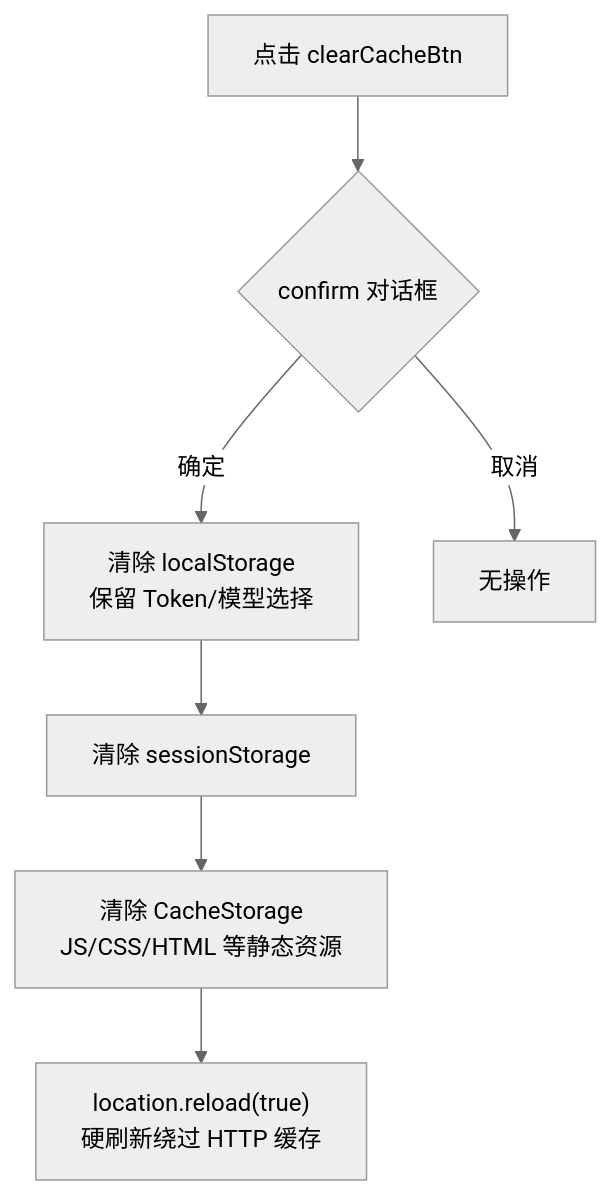
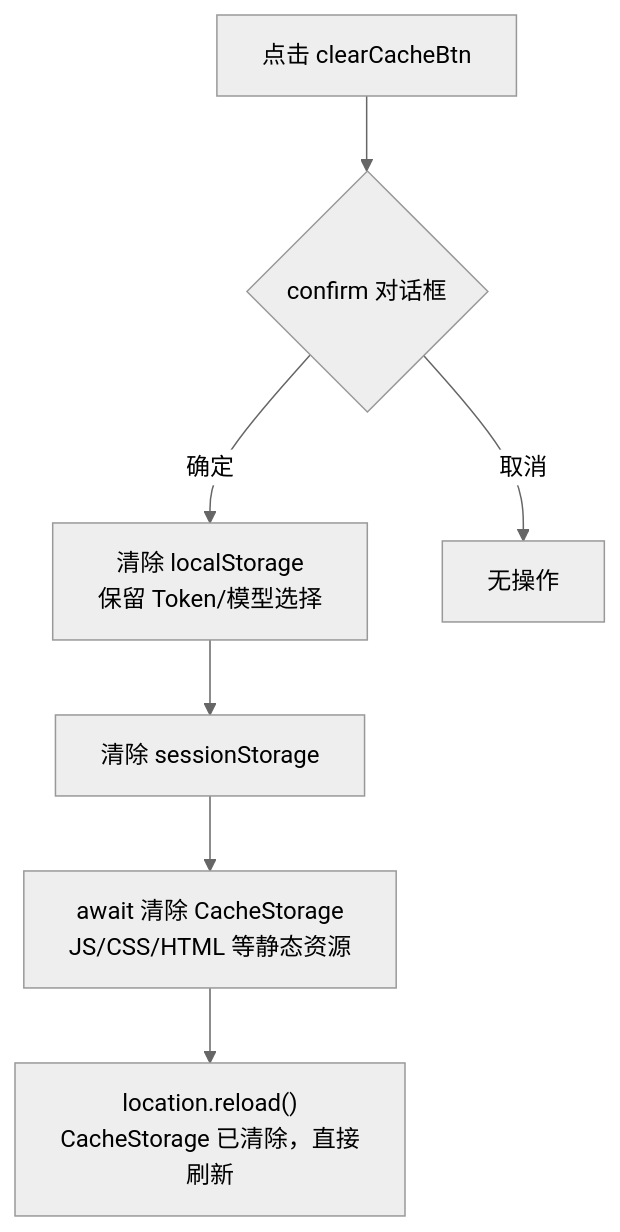
One commit to effiy/YiWeb changed the diagram in docs/故事任务面板/clear-cache-refresh/01-故事任务.md. Above: the diagram before and after it, drawn with Mermaid (neutral theme). The commit also changed other lines of this file and 12 other files, not shown here.

````diff
--- a/docs/故事任务面板/clear-cache-refresh/01-故事任务.md
+++ b/docs/故事任务面板/clear-cache-refresh/01-故事任务.md
@@ -33,9 +33,9 @@
 ```mermaid
 flowchart TD
     CLICK["点击 clearCacheBtn"] --> CONFIRM{"confirm 对话框"}
     CONFIRM -->|确定| LS["清除 localStorage<br/>保留 Token/模型选择"]
     LS --> SS["清除 sessionStorage"]
-    SS --> CS["清除 CacheStorage<br/>JS/CSS/HTML 等静态资源"]
-    CS --> RELOAD["location.reload(true)<br/>硬刷新绕过 HTTP 缓存"]
+    SS --> CS["await 清除 CacheStorage<br/>JS/CSS/HTML 等静态资源"]
+    CS --> RELOAD["location.reload()<br/>CacheStorage 已清除，直接刷新"]
     CONFIRM -->|取消| NOOP["无操作"]
 ```
````
